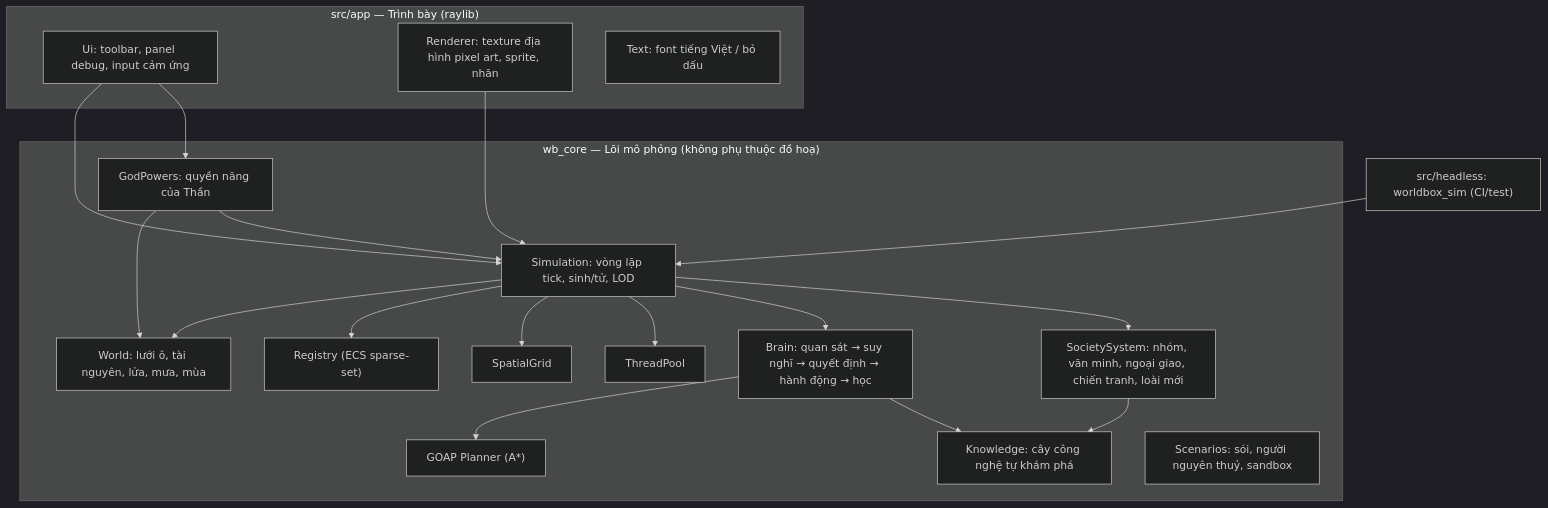
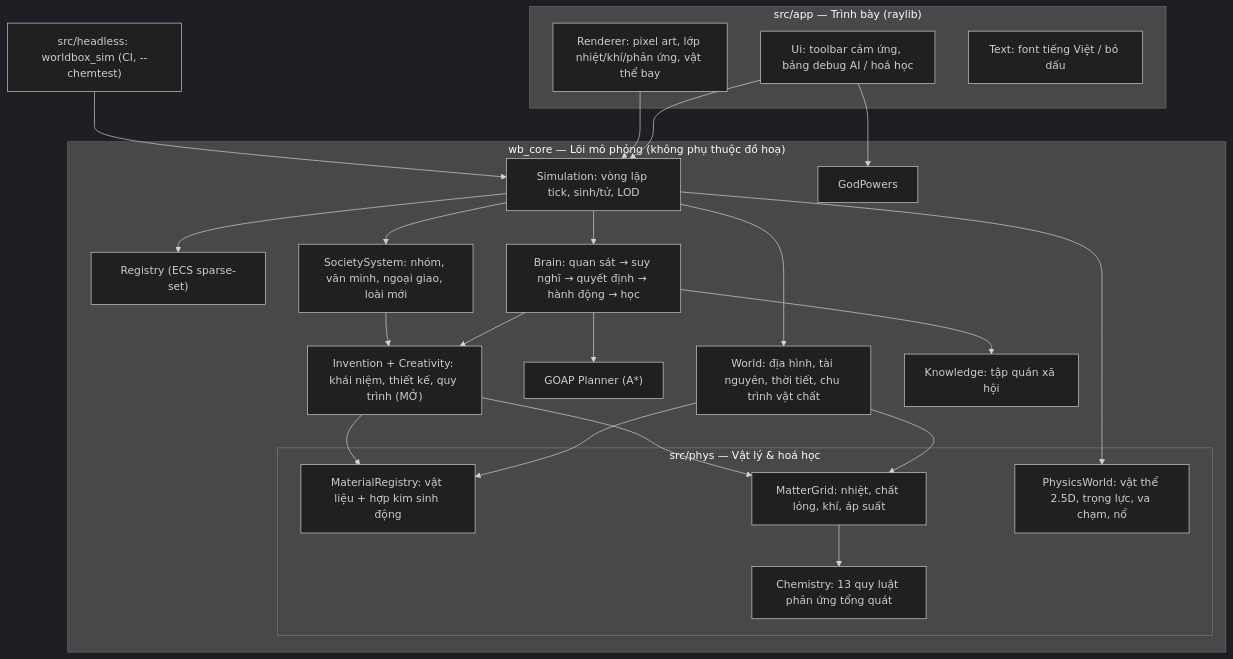
The first of 2 diagrams in docs/ARCHITECTURE.md (quocdat16610-web/ai-box), drawn with Mermaid (dark theme) before and after one commit. The commit also changed other lines of this file and 39 other files, not shown here.

First line of the commit message:
Thêm vật lý & hoá học thật, công nghệ mở (không tech tree), kịch bản hai bộ tộc song sinh

````diff
--- a/docs/ARCHITECTURE.md
+++ b/docs/ARCHITECTURE.md
@@ -28,30 +35,35 @@
 ```mermaid
 flowchart TB
     subgraph APP["src/app — Trình bày (raylib)"]
-        UI["Ui: toolbar, panel debug, input cảm ứng"]
-        RD["Renderer: texture địa hình pixel art, sprite, nhãn"]
+        UI["Ui: toolbar cảm ứng, bảng debug AI / hoá học"]
+        RD["Renderer: pixel art, lớp nhiệt/khí/phản ứng, vật thể bay"]
         TX["Text: font tiếng Việt / bỏ dấu"]
     end
     subgraph CORE["wb_core — Lõi mô phỏng (không phụ thuộc đồ hoạ)"]
         SIM["Simulation: vòng lặp tick, sinh/tử, LOD"]
-        W["World: lưới ô, tài nguyên, lửa, mưa, mùa"]
+        subgraph PHYS["src/phys — Vật lý & hoá học"]
+            MAT["MaterialRegistry: vật liệu + hợp kim sinh động"]
+            MG["MatterGrid: nhiệt, chất lỏng, khí, áp suất"]
+            CH["Chemistry: 13 quy luật phản ứng tổng quát"]
+            PW["PhysicsWorld: vật thể 2.5D, trọng lực, va chạm, nổ"]
+        end
+        W["World: địa hình, tài nguyên, thời tiết, chu trình vật chất"]
         ECS["Registry (ECS sparse-set)"]
-        GRID["SpatialGrid"]
-        POOL["ThreadPool"]
         BR["Brain: quan sát → suy nghĩ → quyết định → hành động → học"]
         GO["GOAP Planner (A*)"]
-        KN["Knowledge: cây công nghệ tự khám phá"]
-        SOC["SocietySystem: nhóm, văn minh, ngoại giao, chiến tranh, loài mới"]
-        GP["GodPowers: quyền năng của Thần"]
-        SC["Scenarios: sói, người nguyên thuỷ, sandbox"]
+        INV["Invention + Creativity: khái niệm, thiết kế, quy trình (MỞ)"]
+        KN["Knowledge: tập quán xã hội"]
+        SOC["SocietySystem: nhóm, văn minh, ngoại giao, loài mới"]
+        GP["GodPowers"]
     end
-    HL["src/headless: worldbox_sim (CI/test)"]
-    UI --> SIM
-    UI --> GP
+    HL["src/headless: worldbox_sim (CI, --chemtest)"]
+    UI --> SIM & GP
     RD --> SIM
     HL --> SIM
-    SIM --> W & ECS & GRID & POOL & BR & SOC
-    BR --> GO & KN
-    SOC --> KN
-    GP --> W & SIM
+    SIM --> W & ECS & BR & SOC & PW
+    W --> MG & MAT
+    MG --> CH
+    BR --> GO & INV & KN
+    INV --> MAT & MG
+    SOC --> INV
 ```
````
